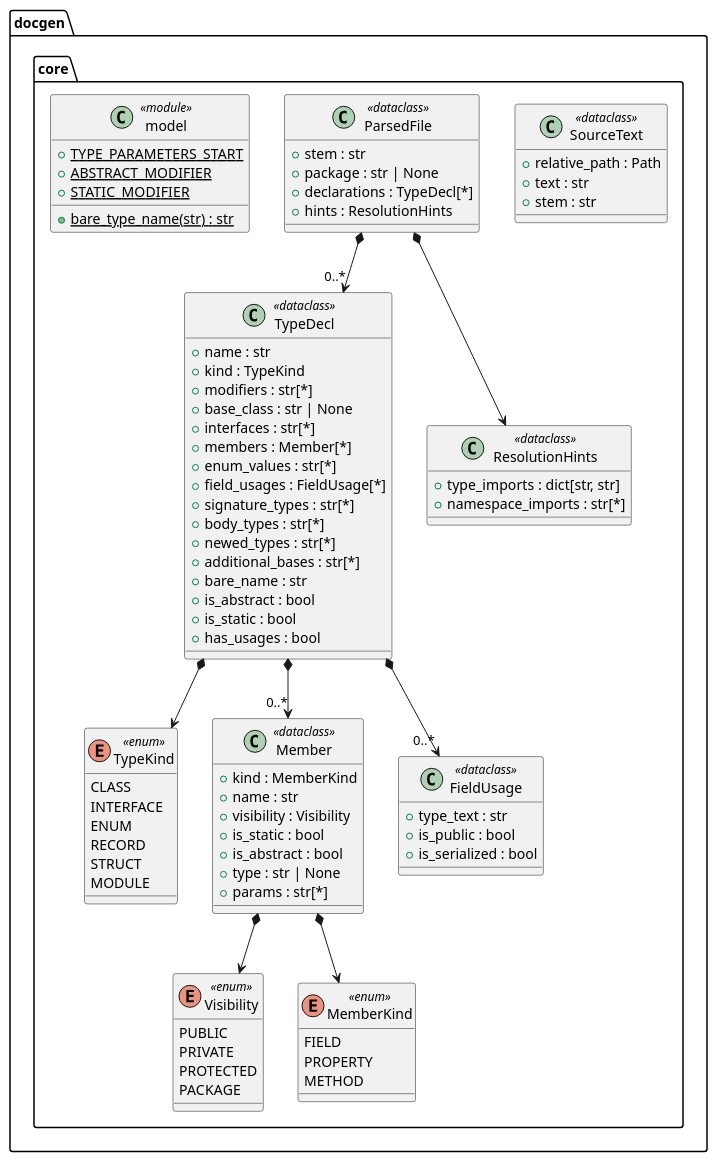
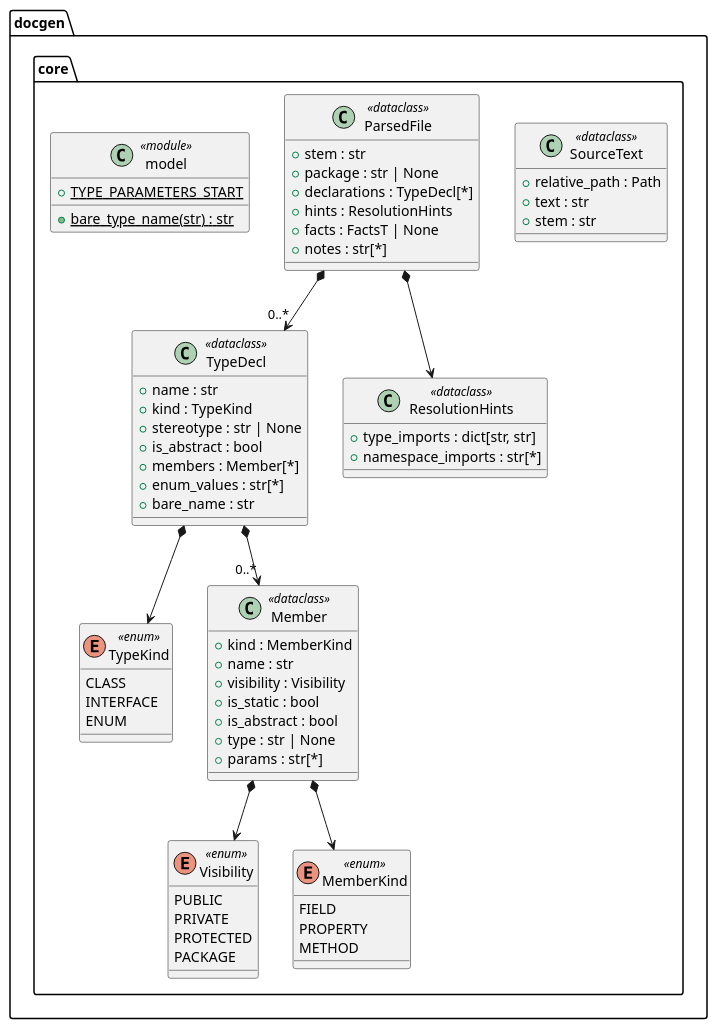
The diagram in docs/Modelisation/Fragments-Full/docgen/core/model.puml (Boulede987/DocGeneration), drawn with PlantUML before and after one commit. The commit also changed 129 other files, not shown here.

First line of the commit message:
refactor(core): make the core a pure UML model; languages compute relations

```diff
--- a/docs/Modelisation/Fragments-Full/docgen/core/model.puml
+++ b/docs/Modelisation/Fragments-Full/docgen/core/model.puml
@@ -1,82 +1,64 @@
 namespace docgen.core {
 enum TypeKind <<enum>> {
   CLASS
   INTERFACE
   ENUM
-  RECORD
-  STRUCT
-  MODULE
 }
 enum Visibility <<enum>> {
   PUBLIC
   PRIVATE
   PROTECTED
   PACKAGE
 }
 enum MemberKind <<enum>> {
   FIELD
   PROPERTY
   METHOD
 }
 class Member <<dataclass>> {
   + kind : MemberKind
   + name : str
   + visibility : Visibility
   + is_static : bool
   + is_abstract : bool
   + type : str | None
   + params : str[*]
 }
-class FieldUsage <<dataclass>> {
-  + type_text : str
-  + is_public : bool
-  + is_serialized : bool
-}
 class TypeDecl <<dataclass>> {
   + name : str
   + kind : TypeKind
-  + modifiers : str[*]
-  + base_class : str | None
-  + interfaces : str[*]
+  + stereotype : str | None
+  + is_abstract : bool
   + members : Member[*]
   + enum_values : str[*]
-  + field_usages : FieldUsage[*]
-  + signature_types : str[*]
-  + body_types : str[*]
-  + newed_types : str[*]
-  + additional_bases : str[*]
   + bare_name : str
-  + is_abstract : bool
-  + is_static : bool
-  + has_usages : bool
 }
 class SourceText <<dataclass>> {
   + relative_path : Path
   + text : str
   + stem : str
 }
 class ResolutionHints <<dataclass>> {
   + type_imports : dict[str, str]
   + namespace_imports : str[*]
 }
 class ParsedFile <<dataclass>> {
   + stem : str
   + package : str | None
   + declarations : TypeDecl[*]
   + hints : ResolutionHints
+  + facts : FactsT | None
+  + notes : str[*]
 }
 class model <<module>> {
   + {static} TYPE_PARAMETERS_START
-  + {static} ABSTRACT_MODIFIER
-  + {static} STATIC_MODIFIER
   + {static} bare_type_name(str) : str
 }
 }
 
 docgen.core.Member *--> docgen.core.MemberKind
 docgen.core.Member *--> docgen.core.Visibility
-docgen.core.TypeDecl *--> "0..*" docgen.core.FieldUsage
 docgen.core.TypeDecl *--> "0..*" docgen.core.Member
 docgen.core.TypeDecl *--> docgen.core.TypeKind
 docgen.core.ParsedFile *--> docgen.core.ResolutionHints
 docgen.core.ParsedFile *--> "0..*" docgen.core.TypeDecl
```
